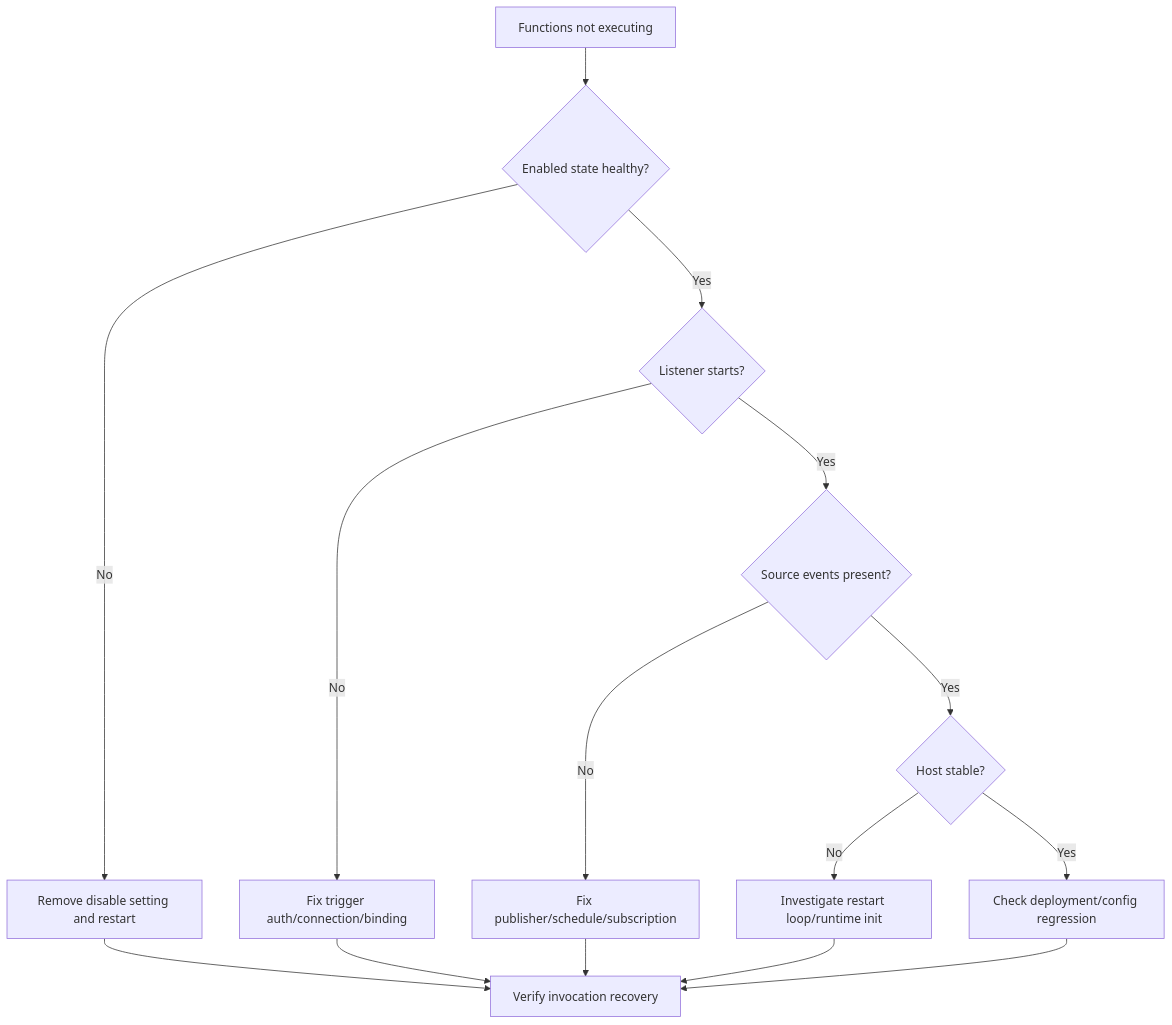
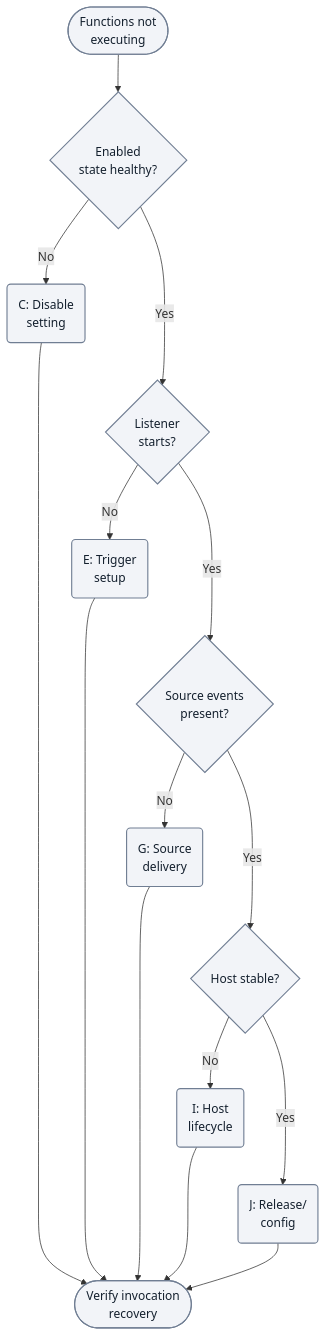
The diagram in docs/troubleshooting/playbooks/functions-not-executing.md (yeongseon/azure-functions-practical-guide), drawn with Mermaid before and after one commit. The commit also changed other lines of this file and 1 other file, not shown here.

Commit message:
docs(diagrams): migrate non-executing Functions diagnostic flow (#443)
* docs(diagrams): migrate non-executing Functions diagnostic flow

Preserve all diagnostic branches and recovery joins with wrapped labels,
an adjacent action key and accessible diagram naming. Refresh only the
owned manifest record and retain in-progress status for draft acceptance.

Refs #270

````diff
--- a/docs/troubleshooting/playbooks/functions-not-executing.md
+++ b/docs/troubleshooting/playbooks/functions-not-executing.md
@@ -52,17 +53,26 @@
 ```mermaid
 flowchart TD
-    A["Functions not executing"] --> B{"Enabled state healthy?"}
-    B -->|No| C["Remove disable setting and restart"]
-    B -->|Yes| D{"Listener starts?"}
-    D -->|No| E["Fix trigger auth/connection/binding"]
-    D -->|Yes| F{"Source events present?"}
-    F -->|No| G["Fix publisher/schedule/subscription"]
+    accTitle: Non-executing functions diagnostic decision flow
+    accDescr: Illustrative triage order, not confirmed causes. Check enabled state, listener startup, source events and host stability. Each No branch selects its keyed candidate action; the final Yes branch checks deployment or configuration regression. All five actions lead to invocation recovery verification. Use the adjacent action key and the evidence and disproof sections before choosing a mitigation.
+    A(["Functions not<br/>executing"]) --> B{"Enabled<br/>state healthy?"}
+    B -->|No| C("C: Disable<br/>setting")
+    B -->|Yes| D{"Listener<br/>starts?"}
+    D -->|No| E("E: Trigger<br/>setup")
+    D -->|Yes| F{"Source events<br/>present?"}
+    F -->|No| G("G: Source<br/>delivery")
     F -->|Yes| H{"Host stable?"}
-    H -->|No| I["Investigate restart loop/runtime init"]
-    H -->|Yes| J["Check deployment/config regression"]
-    C --> K["Verify invocation recovery"]
+    H -->|No| I("I: Host<br/>lifecycle")
+    H -->|Yes| J("J: Release/<br/>config")
+    C --> K(["Verify invocation<br/>recovery"])
     E --> K
     G --> K
     I --> K
     J --> K
+    %% Layout-only links tier the branches; they add no diagnostic steps or arrows.
+    C ~~~ D
+    E ~~~ F
+    G ~~~ H
+    I ~~~ J
+    classDef neutral fill:#f2f4f8,stroke:#707e93,stroke-width:1.5px,color:#14202e;
+    class A,B,C,D,E,F,G,H,I,J,K neutral;
 ```
````
